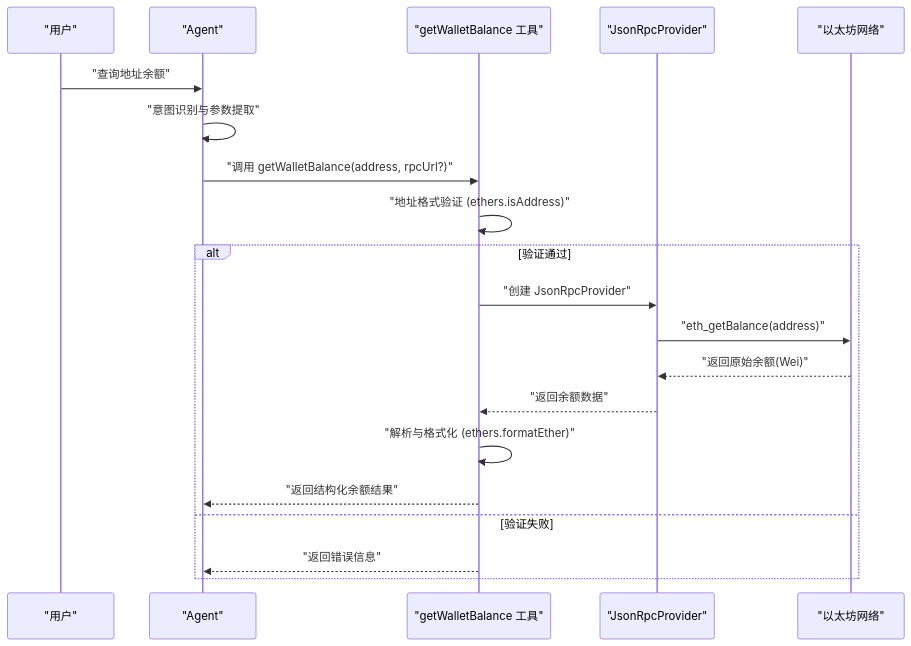
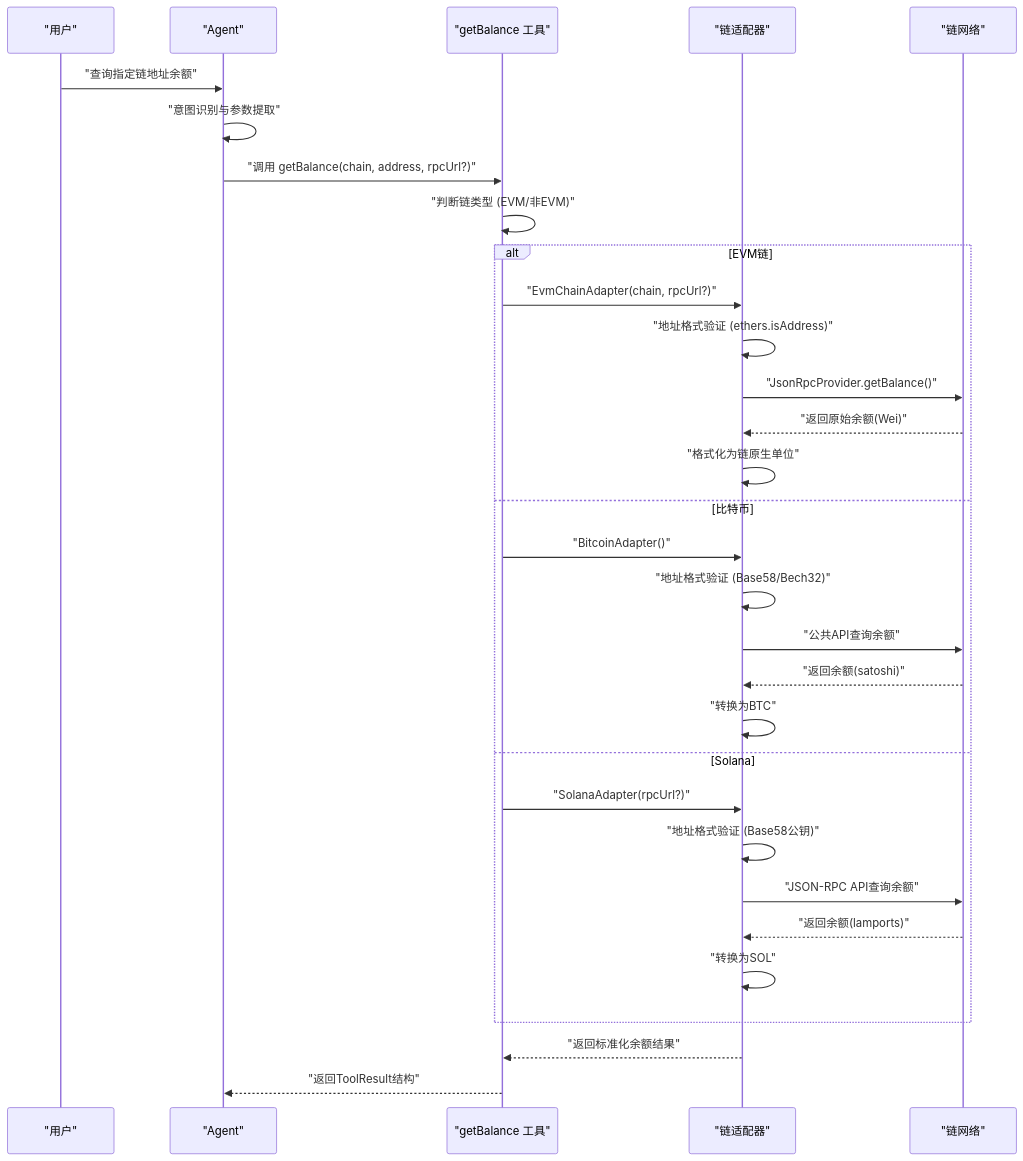
One commit to CryptoLinxu/Web3-AI-Agent changed the second of 5 diagrams in .qoder/repowiki/zh/content/Web3工具集成/核心Web3工具实现/钱包余额查询工具.md. Above: the diagram before and after it, drawn with Mermaid. The commit also changed other lines of this file and 9 other files, not shown here.

````diff
--- a/.qoder/repowiki/zh/content/Web3工具集成/核心Web3工具实现/钱包余额查询工具.md
+++ b/.qoder/repowiki/zh/content/Web3工具集成/核心Web3工具实现/钱包余额查询工具.md
@@ -87,22 +102,33 @@
 ```mermaid
 sequenceDiagram
 participant U as "用户"
 participant AG as "Agent"
-participant WB as "getWalletBalance 工具"
-participant RPC as "JsonRpcProvider"
-participant ETH as "以太坊网络"
-U->>AG : "查询地址余额"
+participant WB as "getBalance 工具"
+participant AD as "链适配器"
+participant NET as "链网络"
+U->>AG : "查询指定链地址余额"
 AG->>AG : "意图识别与参数提取"
-AG->>WB : "调用 getWalletBalance(address, rpcUrl?)"
-WB->>WB : "地址格式验证 (ethers.isAddress)"
-alt 验证通过
-WB->>RPC : "创建 JsonRpcProvider"
-RPC->>ETH : "eth_getBalance(address)"
-ETH-->>RPC : "返回原始余额(Wei)"
-RPC-->>WB : "返回余额数据"
-WB->>WB : "解析与格式化 (ethers.formatEther)"
-WB-->>AG : "返回结构化余额结果"
-else 验证失败
-WB-->>AG : "返回错误信息"
+AG->>WB : "调用 getBalance(chain, address, rpcUrl?)"
+WB->>WB : "判断链类型 (EVM/非EVM)"
+alt EVM链
+WB->>AD : "EvmChainAdapter(chain, rpcUrl?)"
+AD->>AD : "地址格式验证 (ethers.isAddress)"
+AD->>NET : "JsonRpcProvider.getBalance()"
+NET-->>AD : "返回原始余额(Wei)"
+AD->>AD : "格式化为链原生单位"
+else 比特币
+WB->>AD : "BitcoinAdapter()"
+AD->>AD : "地址格式验证 (Base58/Bech32)"
+AD->>NET : "公共API查询余额"
+NET-->>AD : "返回余额(satoshi)"
+AD->>AD : "转换为BTC"
+else Solana
+WB->>AD : "SolanaAdapter(rpcUrl?)"
+AD->>AD : "地址格式验证 (Base58公钥)"
+AD->>NET : "JSON-RPC API查询余额"
+NET-->>AD : "返回余额(lamports)"
+AD->>AD : "转换为SOL"
 end
+AD-->>WB : "返回标准化余额结果"
+WB-->>AG : "返回ToolResult结构"
 ```
````
